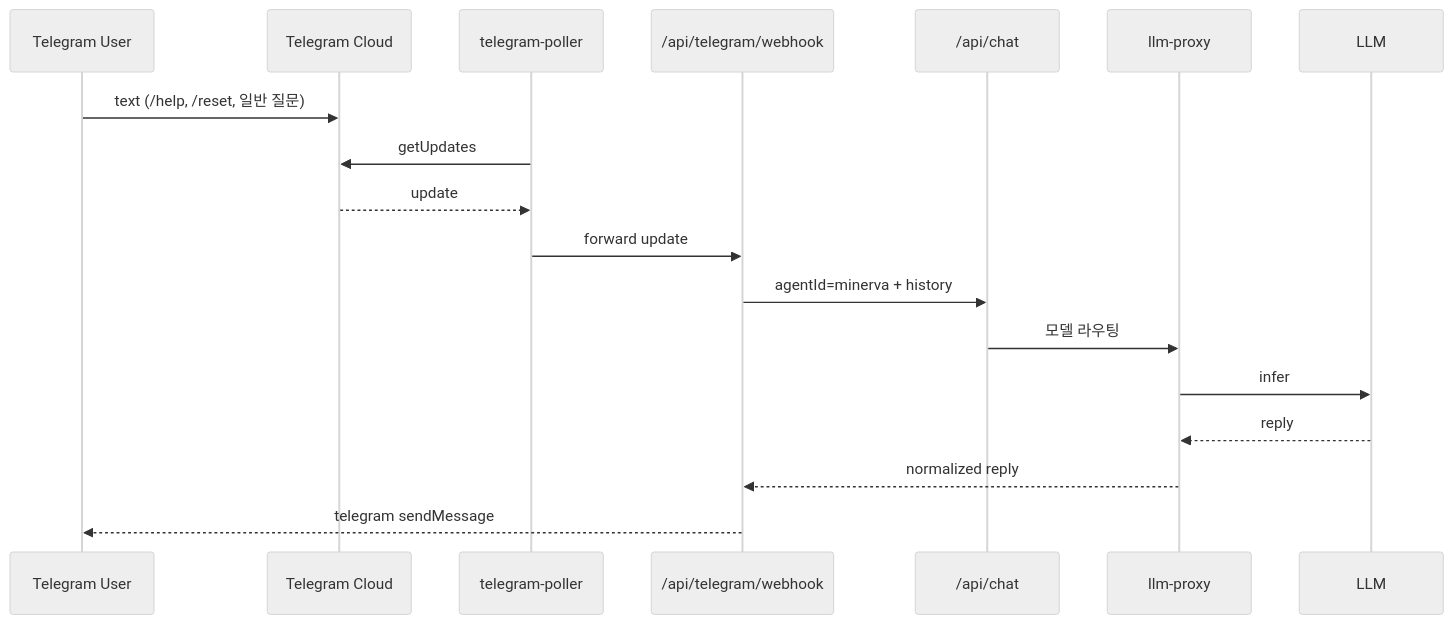
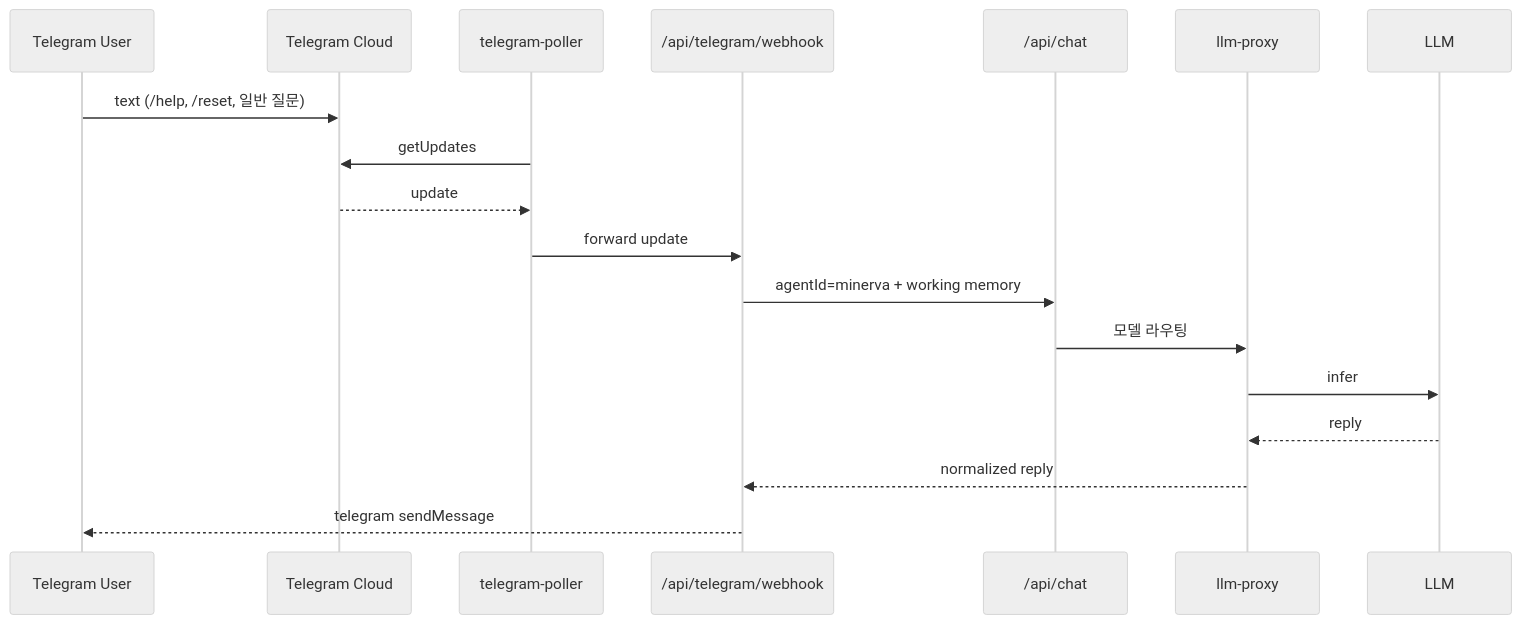
Before and after one commit to Merchantlee99/Personal-AI-agent-v2: the second of 5 diagrams in docs/ARCHITECTURE.md, drawn with Mermaid (neutral theme). The commit also changed other lines of this file and 14 other files, not shown here.

````diff
--- a/docs/ARCHITECTURE.md
+++ b/docs/ARCHITECTURE.md
@@ -81,21 +116,21 @@
 ```mermaid
 sequenceDiagram
   participant U as Telegram User
   participant T as Telegram Cloud
   participant TP as telegram-poller
   participant W as /api/telegram/webhook
   participant C as /api/chat
   participant PX as llm-proxy
   participant L as LLM
 
   U->>T: text (/help, /reset, 일반 질문)
   TP->>T: getUpdates
   T-->>TP: update
   TP->>W: forward update
-  W->>C: agentId=minerva + history
+  W->>C: agentId=minerva + working memory
   C->>PX: 모델 라우팅
   PX->>L: infer
   L-->>PX: reply
   PX-->>W: normalized reply
   W-->>U: telegram sendMessage
 ```
````
